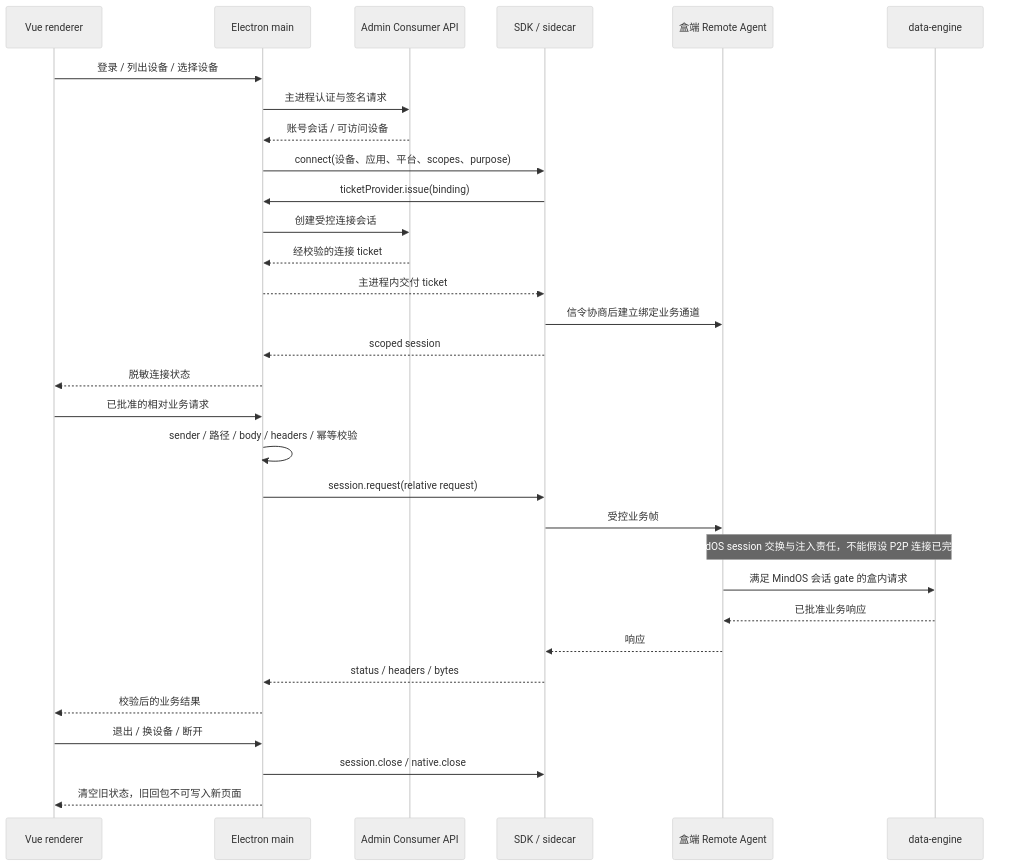
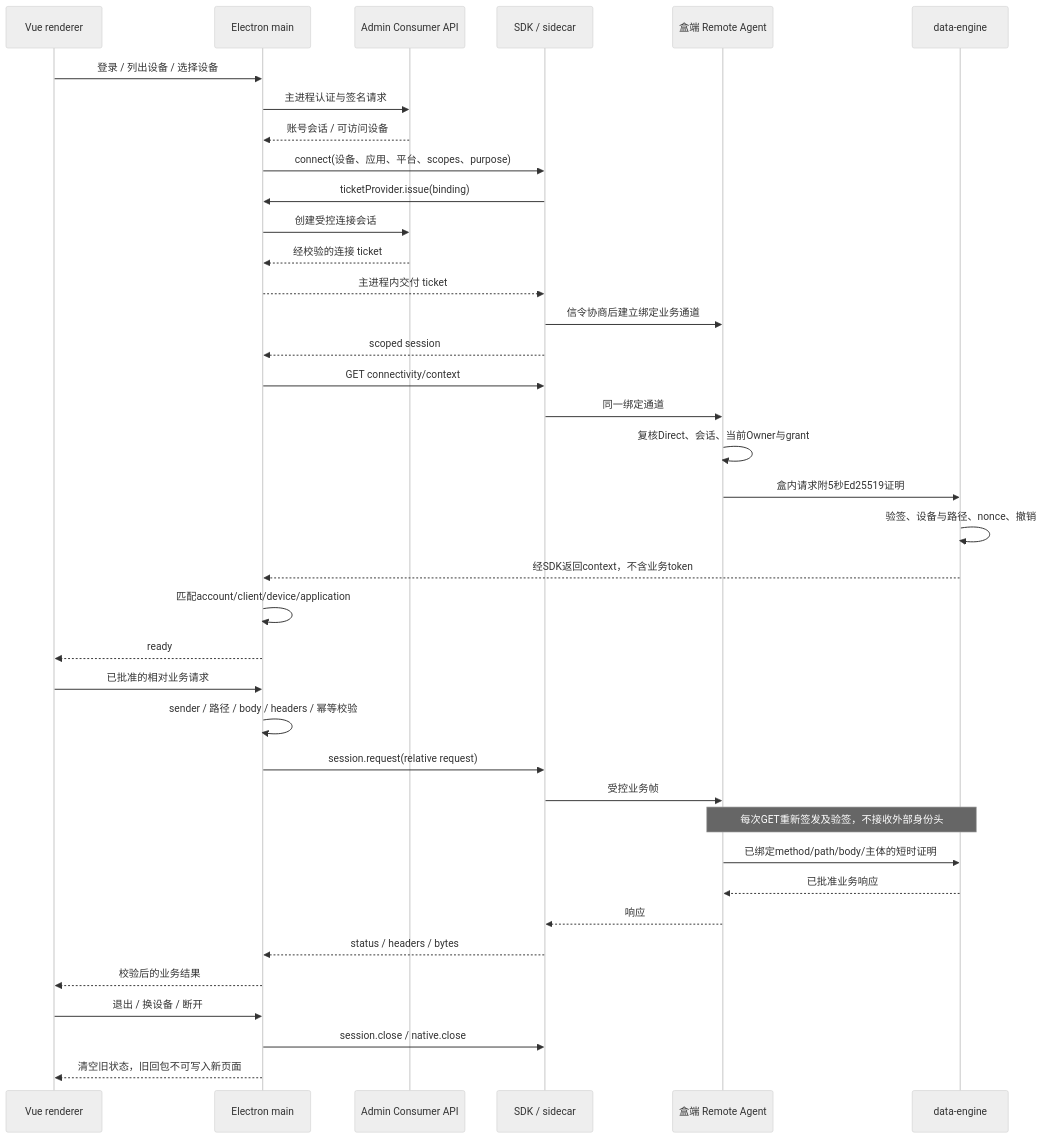
Before and after one commit to finewood2008/centaurAI-zhijun: the fourth of 4 diagrams in docs/development/ARCHITECTURE-0905.md, drawn with Mermaid (neutral theme). The commit also changed other lines of this file and 22 other files, not shown here.

````diff
--- a/docs/development/ARCHITECTURE-0905.md
+++ b/docs/development/ARCHITECTURE-0905.md
@@ -247,33 +255,40 @@
 ```mermaid
 sequenceDiagram
   participant UI as Vue renderer
   participant Main as Electron main
   participant Admin as Admin Consumer API
   participant SDK as SDK / sidecar
   participant Agent as 盒端 Remote Agent
   participant DE as data-engine
   UI->>Main: 登录 / 列出设备 / 选择设备
   Main->>Admin: 主进程认证与签名请求
   Admin-->>Main: 账号会话 / 可访问设备
   Main->>SDK: connect(设备、应用、平台、scopes、purpose)
   SDK->>Main: ticketProvider.issue(binding)
   Main->>Admin: 创建受控连接会话
   Admin-->>Main: 经校验的连接 ticket
   Main-->>SDK: 主进程内交付 ticket
   SDK->>Agent: 信令协商后建立绑定业务通道
   SDK-->>Main: scoped session
-  Main-->>UI: 脱敏连接状态
+  Main->>SDK: GET connectivity/context
+  SDK->>Agent: 同一绑定通道
+  Agent->>Agent: 复核Direct、会话、当前Owner与grant
+  Agent->>DE: 盒内请求附5秒Ed25519证明
+  DE->>DE: 验签、设备与路径、nonce、撤销
+  DE-->>Main: 经SDK返回context，不含业务token
+  Main->>Main: 匹配account/client/device/application
+  Main-->>UI: ready
   UI->>Main: 已批准的相对业务请求
   Main->>Main: sender / 路径 / body / headers / 幂等校验
   Main->>SDK: session.request(relative request)
   SDK->>Agent: 受控业务帧
-  Note over Agent,DE: 待核定 MindOS session 交换与注入责任，不能假设 P2P 连接已完成业务鉴权
-  Agent->>DE: 满足 MindOS 会话 gate 的盒内请求
+  Note over Agent,DE: 每次GET重新签发及验签，不接收外部身份头
+  Agent->>DE: 已绑定method/path/body/主体的短时证明
   DE-->>Agent: 已批准业务响应
   Agent-->>SDK: 响应
   SDK-->>Main: status / headers / bytes
   Main-->>UI: 校验后的业务结果
   UI->>Main: 退出 / 换设备 / 断开
   Main->>SDK: session.close / native.close
   Main-->>UI: 清空旧状态，旧回包不可写入新页面
 ```
````
